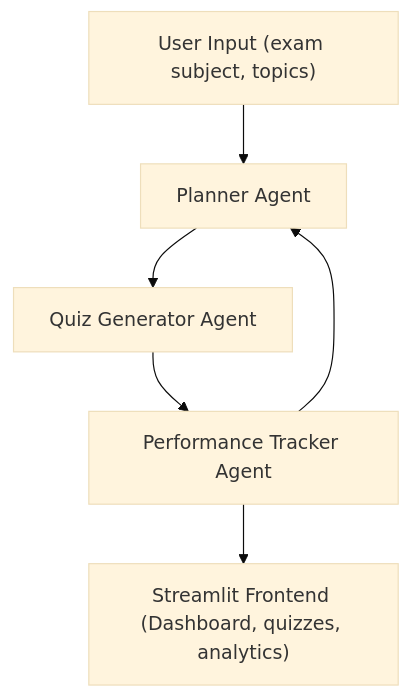
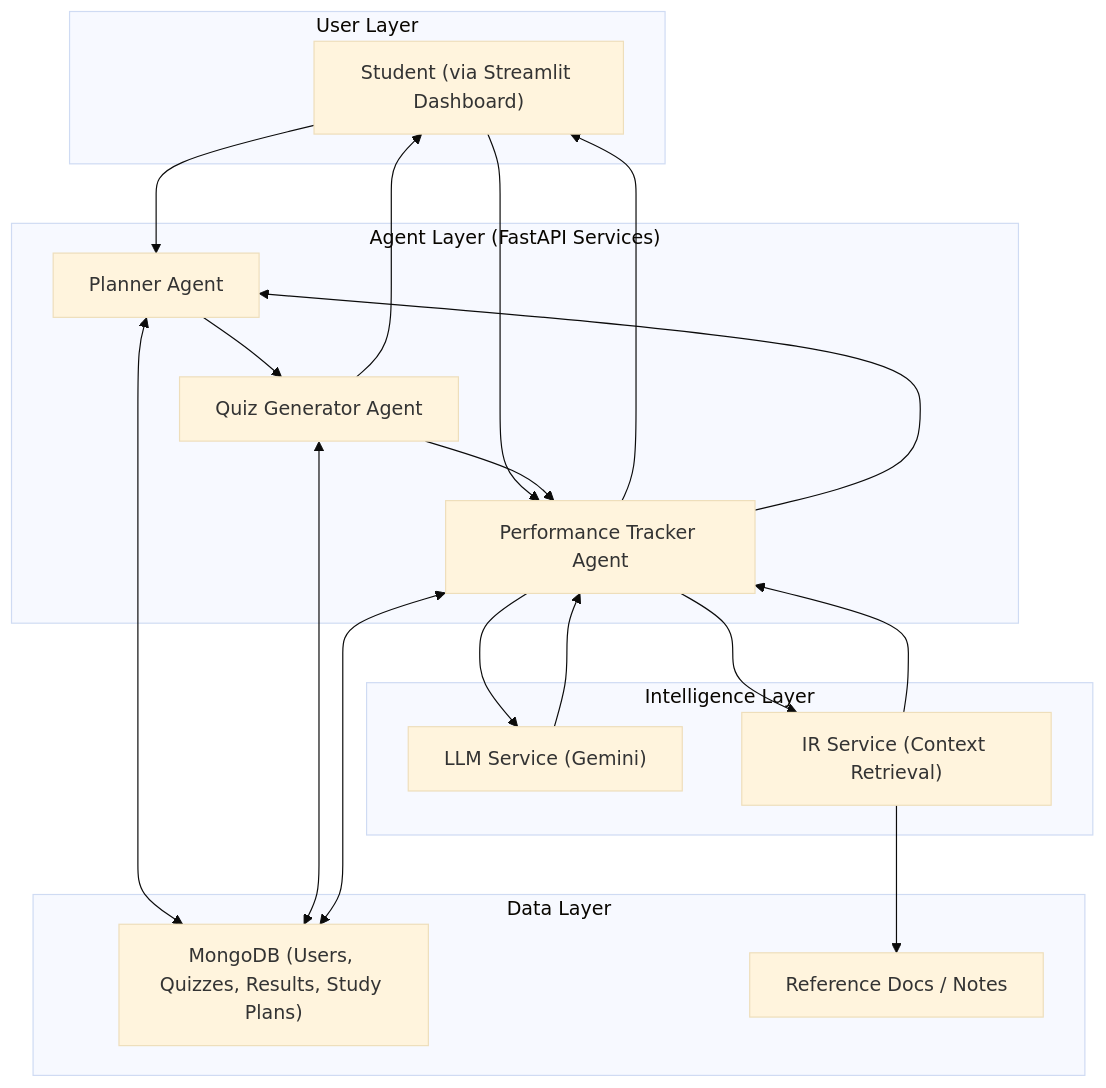
One commit to LochanaLithira/Adaptive-Exam-Preparation-AI changed the diagram in README.md. Above: the diagram before and after it, drawn with Mermaid (base theme).

````diff
--- a/README.md
+++ b/README.md
@@ -24,8 +24,46 @@
 ```mermaid
 flowchart TD
-    A["User Input (exam subject, topics)"] --> B["Planner Agent"]
-    B --> C["Quiz Generator Agent"]
-    C --> D["Performance Tracker Agent"]
-    D --> E["Streamlit Frontend (Dashboard, quizzes, analytics)"]
+    subgraph UI["User Layer"]
+        A["Student (via Streamlit Dashboard)"]
+    end
+
+    subgraph AGENTS["Agent Layer (FastAPI Services)"]
+        B["Planner Agent"]
+        C["Quiz Generator Agent"]
+        D["Performance Tracker Agent"]
+    end
+
+    subgraph AI["Intelligence Layer"]
+        LLM["LLM Service (Gemini)"]
+        IR["IR Service (Context Retrieval)"]
+    end
+
+    subgraph DATA["Data Layer"]
+        DB["MongoDB (Users, Quizzes, Results, Study Plans)"]
+        DOCS["Reference Docs / Notes"]
+    end
+
+    %% Flow
+    A --> B
+    B --> C
+    C --> A
+    A --> D
+    D --> A
+
+    %% Agent interactions
+    C --> D
     D --> B
+
+    %% Intelligence integration
+    D --> LLM
+    LLM --> D
+    D --> IR
+    IR --> DOCS
+    IR --> D
+
+    %% Database
+    B <--> DB
+    C <--> DB
+    D <--> DB
+
 ```
````
